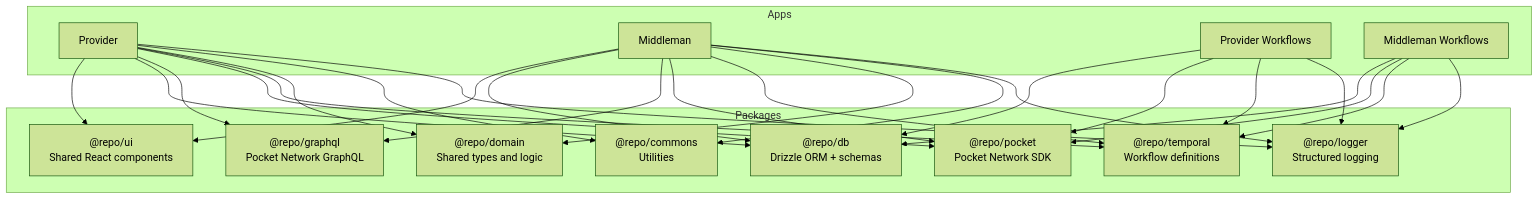
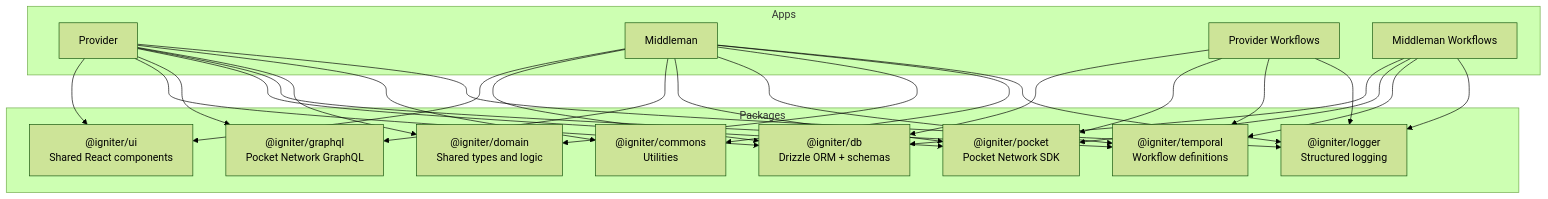
Before and after one commit to pokt-network/igniter: the second of 2 diagrams in docs/architecture.md, drawn with Mermaid (forest theme). The commit also changed other lines of this file and 2 other files, not shown here.

Commit message:
docs: sync workflows reference with final UI, fix package names in architecture

````diff
--- a/docs/architecture.md
+++ b/docs/architecture.md
@@ -110,28 +110,28 @@
 ```mermaid
 graph TD
     subgraph Apps
         Provider["Provider"]
         Middleman["Middleman"]
         PW["Provider Workflows"]
         MW["Middleman Workflows"]
     end
 
     subgraph Packages
-        UI["@repo/ui\nShared React components"]
-        DB["@repo/db\nDrizzle ORM + schemas"]
-        GraphQL["@repo/graphql\nPocket Network GraphQL"]
-        Pocket["@repo/pocket\nPocket Network SDK"]
-        TemporalPkg["@repo/temporal\nWorkflow definitions"]
-        Domain["@repo/domain\nShared types and logic"]
-        Commons["@repo/commons\nUtilities"]
-        Logger["@repo/logger\nStructured logging"]
+        UI["@igniter/ui\nShared React components"]
+        DB["@igniter/db\nDrizzle ORM + schemas"]
+        GraphQL["@igniter/graphql\nPocket Network GraphQL"]
+        Pocket["@igniter/pocket\nPocket Network SDK"]
+        TemporalPkg["@igniter/temporal\nWorkflow definitions"]
+        Domain["@igniter/domain\nShared types and logic"]
+        Commons["@igniter/commons\nUtilities"]
+        Logger["@igniter/logger\nStructured logging"]
     end
 
     %% Web apps use all packages
     Provider --> UI & DB & GraphQL & Pocket & TemporalPkg & Domain & Commons & Logger
     Middleman --> UI & DB & GraphQL & Pocket & TemporalPkg & Domain & Commons & Logger
 
     %% Workers use backend packages only
     PW --> DB & Pocket & TemporalPkg & Logger
     MW --> DB & Pocket & TemporalPkg & Logger
 ```
````
